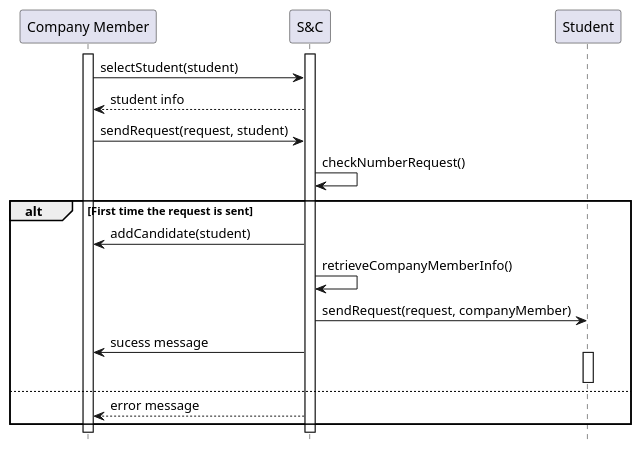
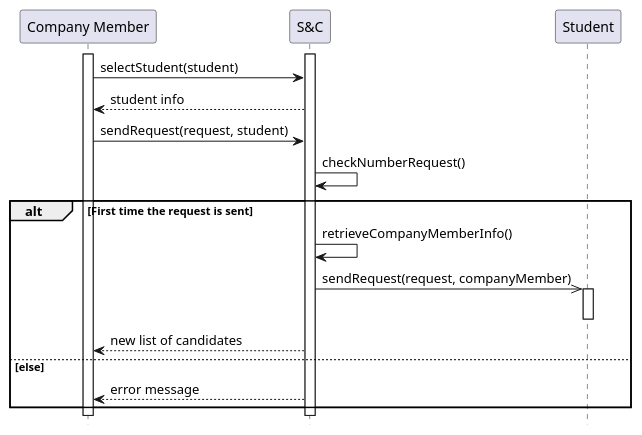
One commit to matti8702/R_and_DD_project_SE2 changed the diagram in RASD/Specific_requirements/uml_diagrams/UC15_diagram.puml. Above: the diagram before and after it, drawn with PlantUML. The commit also changed 12 other files, not shown here.

```diff
--- a/RASD/Specific_requirements/uml_diagrams/UC15_diagram.puml
+++ b/RASD/Specific_requirements/uml_diagrams/UC15_diagram.puml
@@ -1,24 +1,23 @@
 @startuml UC15_diagram
 hide footbox
 
 participant "Company Member" as CM
 participant "S&C" AS S
 participant "Student" as ST
 
 activate CM
 activate S
 CM -> S: selectStudent(student)
 S --> CM: student info
 CM -> S: sendRequest(request, student)
 S -> S:  checkNumberRequest()
 alt First time the request is sent
-    S -> CM : addCandidate(student)
     S -> S: retrieveCompanyMemberInfo()
-    S -> ST : sendRequest(request, companyMember)
-    S -> CM : sucess message
+    S ->> ST : sendRequest(request, companyMember)
     activate ST
     deactivate ST
-else 
+    S --> CM : new list of candidates 
+else else
     S --> CM: error message
 end
 @enduml
```
